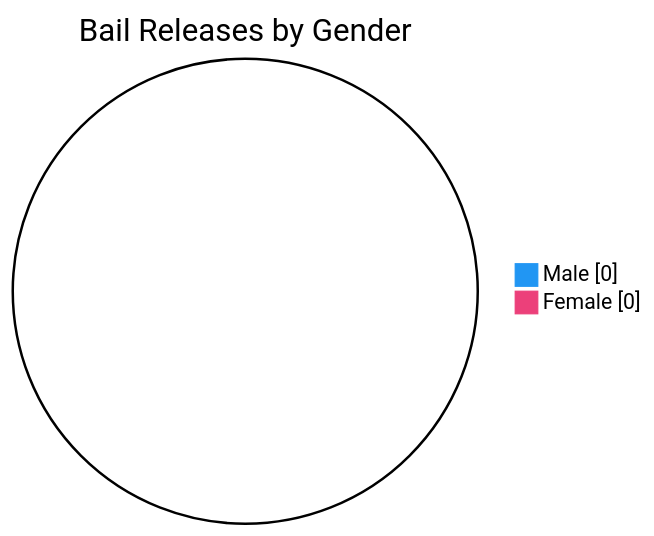
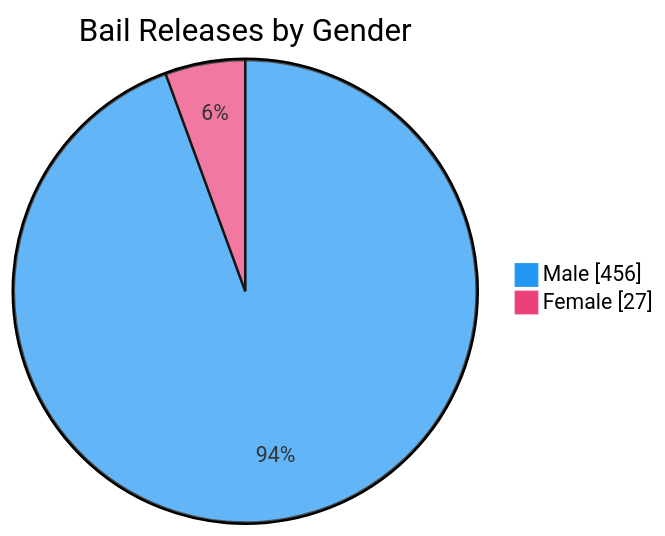
One commit to nuuuwan/lk_prisons changed the seventh of 7 diagrams in README.md. Above: the diagram before and after it, drawn with Mermaid. The commit also changed other lines of this file and 1 other file, not shown here.

````diff
--- a/README.md
+++ b/README.md
@@ -109,6 +109,6 @@
 ```mermaid
 %%{init: {'themeVariables': {'pie1': '#2196F3', 'pie2': '#EC407A'}}}%%
 pie showData title Bail Releases by Gender
-    "Male" : 0
-    "Female" : 0
+    "Male" : 456
+    "Female" : 27
 ```
````
